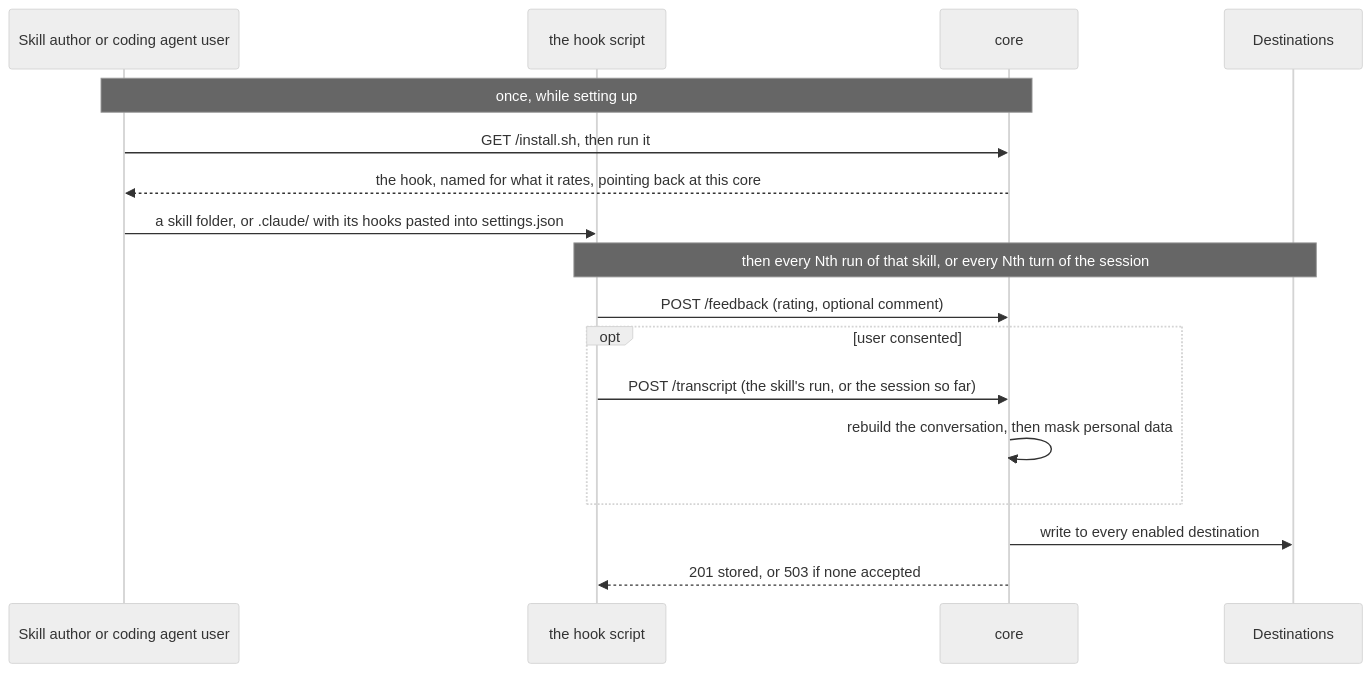
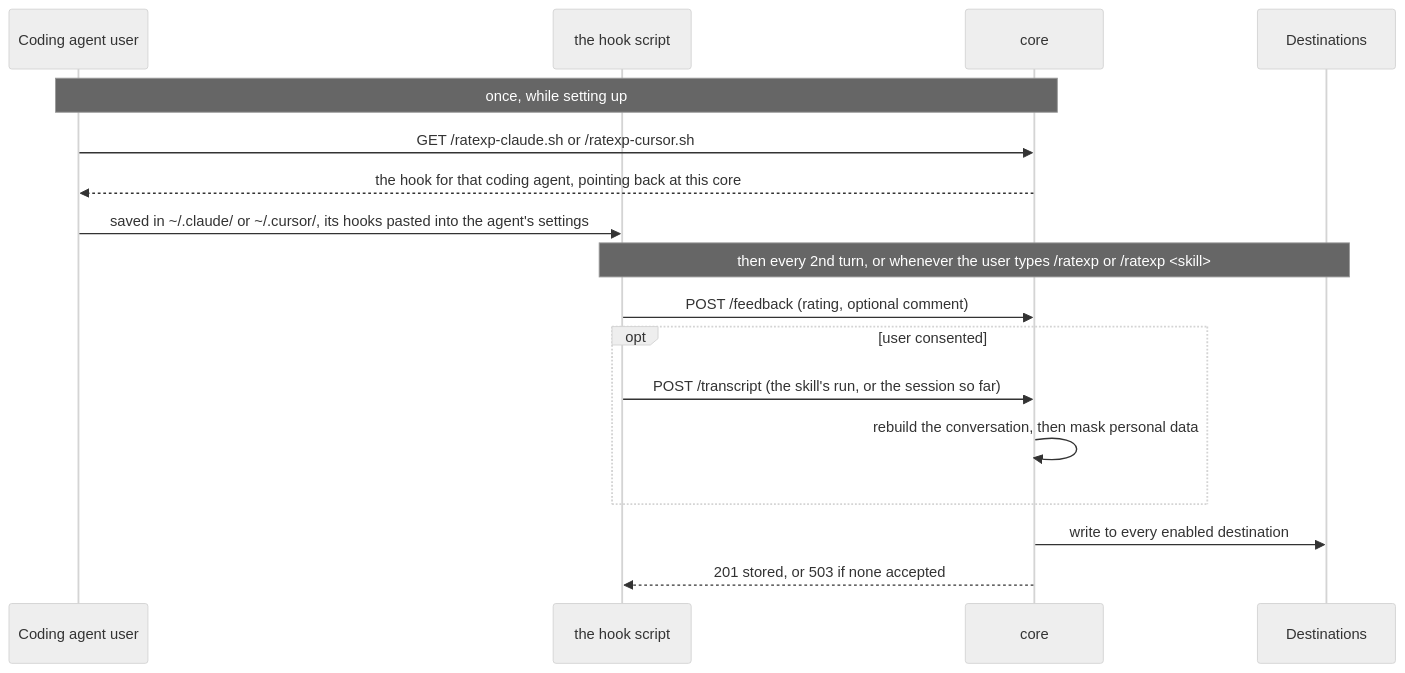
Before and after one commit to HikmetB1/RateXp: the diagram in README.md, drawn with Mermaid (neutral theme). The commit also changed other lines of this file and 38 other files, not shown here.

Commit message:
feat: add cursor support and a one-curl global install that rates the session or any skill's latest run

````diff
--- a/README.md
+++ b/README.md
@@ -77,21 +80,21 @@
 ```mermaid
 sequenceDiagram
-    participant A as Skill author or coding agent user
+    participant A as Coding agent user
     participant H as the hook script
     participant C as core
     participant D as Destinations
 
     Note over A,C: once, while setting up
-    A->>C: GET /install.sh, then run it
-    C-->>A: the hook, named for what it rates, pointing back at this core
-    A->>H: a skill folder, or .claude/ with its hooks pasted into settings.json
+    A->>C: GET /ratexp-claude.sh or /ratexp-cursor.sh
+    C-->>A: the hook for that coding agent, pointing back at this core
+    A->>H: saved in ~/.claude/ or ~/.cursor/, its hooks pasted into the agent's settings
 
-    Note over H,D: then every Nth run of that skill, or every Nth turn of the session
+    Note over H,D: then every 2nd turn, or whenever the user types /ratexp or /ratexp <skill>
     H->>C: POST /feedback (rating, optional comment)
     opt user consented
         H->>C: POST /transcript (the skill's run, or the session so far)
         C->>C: rebuild the conversation, then mask personal data
     end
     C->>D: write to every enabled destination
     C-->>H: 201 stored, or 503 if none accepted
 ```
````
